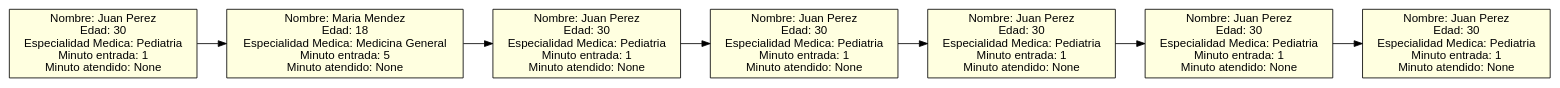
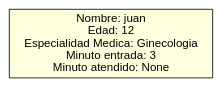
One commit to Javier-201906795/IPC2_Practica2_201906795 changed the diagram in 1_Grafica.dot. Above: the diagram before and after it, drawn with Graphviz. The commit also changed 4 other files, not shown here.

```diff
--- a/1_Grafica.dot
+++ b/1_Grafica.dot
@@ -1,40 +1,10 @@
 digraph ColaPacientes {
 graph [rankdir=LR];
 node [shape=box, style=filled, fillcolor=lightyellow, fontname="Helvetica"];
-paciente1 [label="Nombre: Juan Perez
-Edad: 30
-Especialidad Medica: Pediatria
-Minuto entrada: 1
-Minuto atendido: None"];
-paciente2 [label="Nombre: Maria Mendez
-Edad: 18
-Especialidad Medica: Medicina General
-Minuto entrada: 5
-Minuto atendido: None"];
-paciente3 [label="Nombre: Juan Perez
-Edad: 30
-Especialidad Medica: Pediatria
-Minuto entrada: 1
-Minuto atendido: None"];
-paciente4 [label="Nombre: Juan Perez
-Edad: 30
-Especialidad Medica: Pediatria
-Minuto entrada: 1
-Minuto atendido: None"];
-paciente5 [label="Nombre: Juan Perez
-Edad: 30
-Especialidad Medica: Pediatria
-Minuto entrada: 1
-Minuto atendido: None"];
-paciente6 [label="Nombre: Juan Perez
-Edad: 30
-Especialidad Medica: Pediatria
-Minuto entrada: 1
-Minuto atendido: None"];
-paciente7 [label="Nombre: Juan Perez
-Edad: 30
-Especialidad Medica: Pediatria
-Minuto entrada: 1
+paciente1 [label="Nombre: juan
+Edad: 12
+Especialidad Medica: Ginecologia
+Minuto entrada: 3
 Minuto atendido: None"];
 
-paciente1 -> paciente2 -> paciente3 -> paciente4 -> paciente5 -> paciente6 -> paciente7;}
+paciente1;}
```
